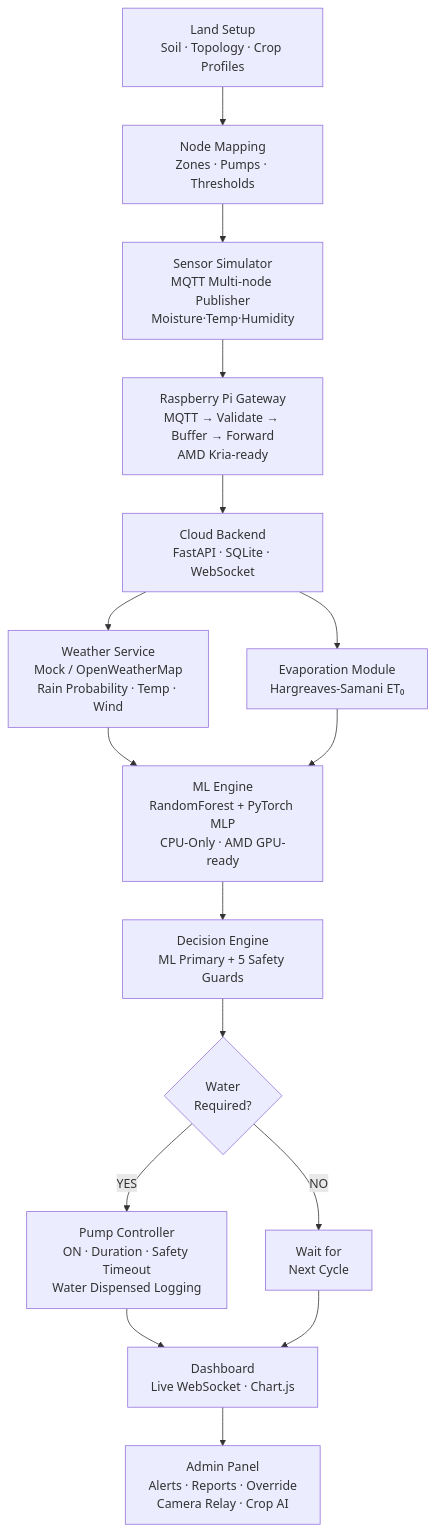
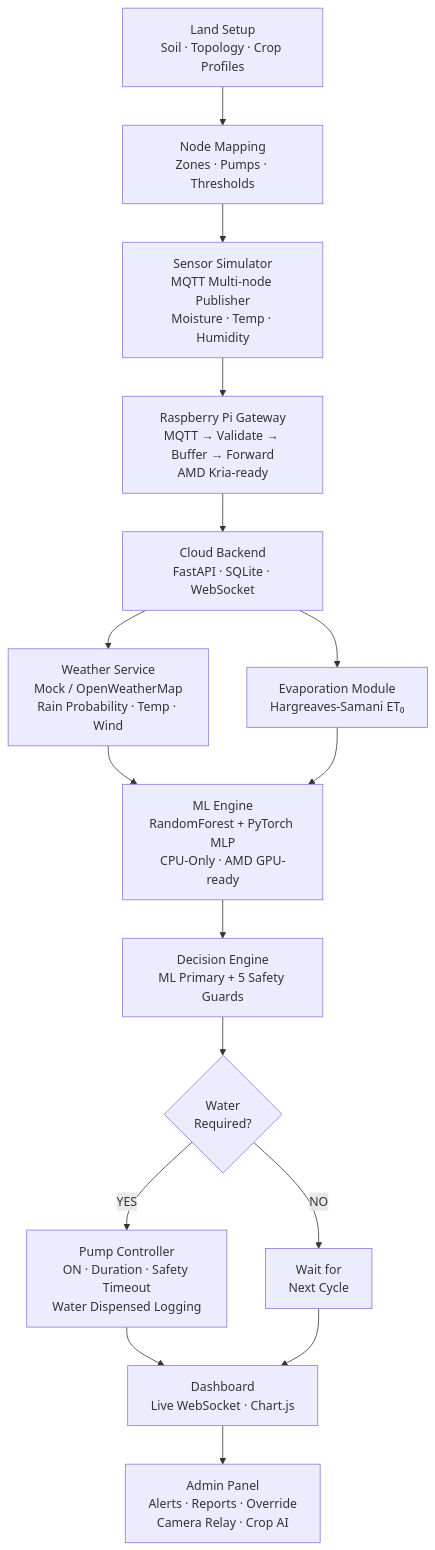
The diagram in README.md (ajitashwath/smart-agriculture-monitoring), drawn with Mermaid before and after one commit. The commit also changed other lines of this file, not shown here.

Commit message:
Update README.md
Updated README to improve formatting and clarity.

````diff
--- a/README.md
+++ b/README.md
@@ -26,18 +25,18 @@
 ```mermaid
 flowchart TD
-    A[Land Setup\nSoil · Topology · Crop Profiles] --> B[Node Mapping\nZones · Pumps · Thresholds]
-    B --> C[Sensor Simulator\nMQTT Multi-node Publisher\nMoisture·Temp·Humidity]
-    C --> D[Raspberry Pi Gateway\nMQTT → Validate → Buffer → Forward\nAMD Kria-ready]
-    D --> E[Cloud Backend\nFastAPI · SQLite · WebSocket]
-    E --> F[Weather Service\nMock / OpenWeatherMap\nRain Probability · Temp · Wind]
-    E --> G[Evaporation Module\nHargreaves-Samani ET₀]
-    F --> H[ML Engine\nRandomForest + PyTorch MLP\nCPU-Only · AMD GPU-ready]
+    A["Land Setup<br/>Soil · Topology · Crop Profiles"] --> B["Node Mapping<br/>Zones · Pumps · Thresholds"]
+    B --> C["Sensor Simulator<br/>MQTT Multi-node Publisher<br/>Moisture · Temp · Humidity"]
+    C --> D["Raspberry Pi Gateway<br/>MQTT → Validate → Buffer → Forward<br/>AMD Kria-ready"]
+    D --> E["Cloud Backend<br/>FastAPI · SQLite · WebSocket"]
+    E --> F["Weather Service<br/>Mock / OpenWeatherMap<br/>Rain Probability · Temp · Wind"]
+    E --> G["Evaporation Module<br/>Hargreaves-Samani ET₀"]
+    F --> H["ML Engine<br/>RandomForest + PyTorch MLP<br/>CPU-Only · AMD GPU-ready"]
     G --> H
-    H --> I[Decision Engine\nML Primary + 5 Safety Guards]
-    I --> J{Water\nRequired?}
-    J -- YES --> K[Pump Controller\nON · Duration · Safety Timeout\nWater Dispensed Logging]
-    J -- NO --> L[Wait for\nNext Cycle]
-    K --> M[Dashboard\nLive WebSocket · Chart.js]
+    H --> I["Decision Engine<br/>ML Primary + 5 Safety Guards"]
+    I --> J{"Water<br/>Required?"}
+    J -- YES --> K["Pump Controller<br/>ON · Duration · Safety Timeout<br/>Water Dispensed Logging"]
+    J -- NO --> L["Wait for<br/>Next Cycle"]
+    K --> M["Dashboard<br/>Live WebSocket · Chart.js"]
     L --> M
-    M --> N[Admin Panel\nAlerts · Reports · Override\nCamera Relay · Crop AI]
+    M --> N["Admin Panel<br/>Alerts · Reports · Override<br/>Camera Relay · Crop AI"]
 ```
````
